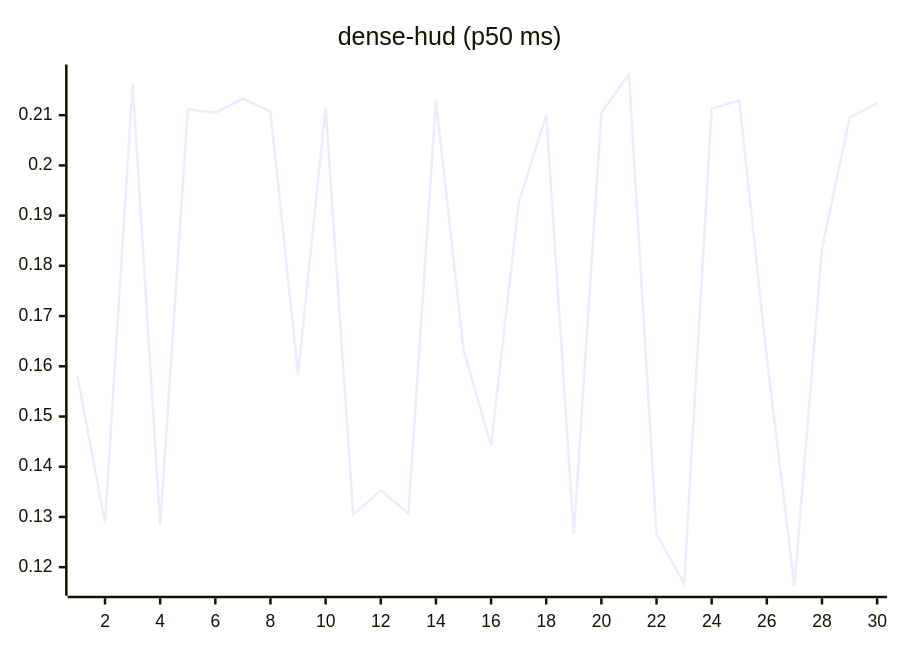
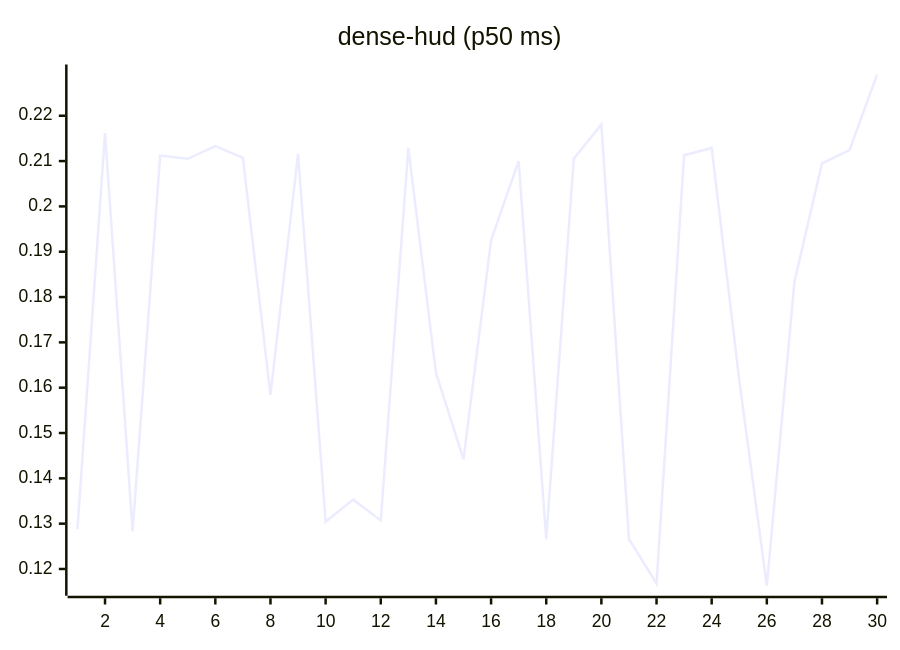
The eighth of 27 diagrams in README.md (josha/Facet), drawn with Mermaid before and after one commit. The commit also changed other lines of this file and 2 other files, not shown here.

````diff
--- a/README.md
+++ b/README.md
@@ -112,6 +112,6 @@
 ```mermaid
 xychart-beta
     title "dense-hud (p50 ms)"
     x-axis 1 --> 30
-    line [0.1581, 0.1288, 0.2162, 0.1283, 0.2112, 0.2105, 0.2133, 0.2107, 0.1584, 0.2116, 0.1304, 0.1353, 0.1307, 0.2129, 0.1633, 0.1442, 0.1925, 0.2100, 0.1266, 0.2105, 0.2181, 0.1266, 0.1168, 0.2113, 0.2129, 0.1617, 0.1163, 0.1833, 0.2095, 0.2124]
+    line [0.1288, 0.2162, 0.1283, 0.2112, 0.2105, 0.2133, 0.2107, 0.1584, 0.2116, 0.1304, 0.1353, 0.1307, 0.2129, 0.1633, 0.1442, 0.1925, 0.2100, 0.1266, 0.2105, 0.2181, 0.1266, 0.1168, 0.2113, 0.2129, 0.1617, 0.1163, 0.1833, 0.2095, 0.2124, 0.2291]
 ```
````
